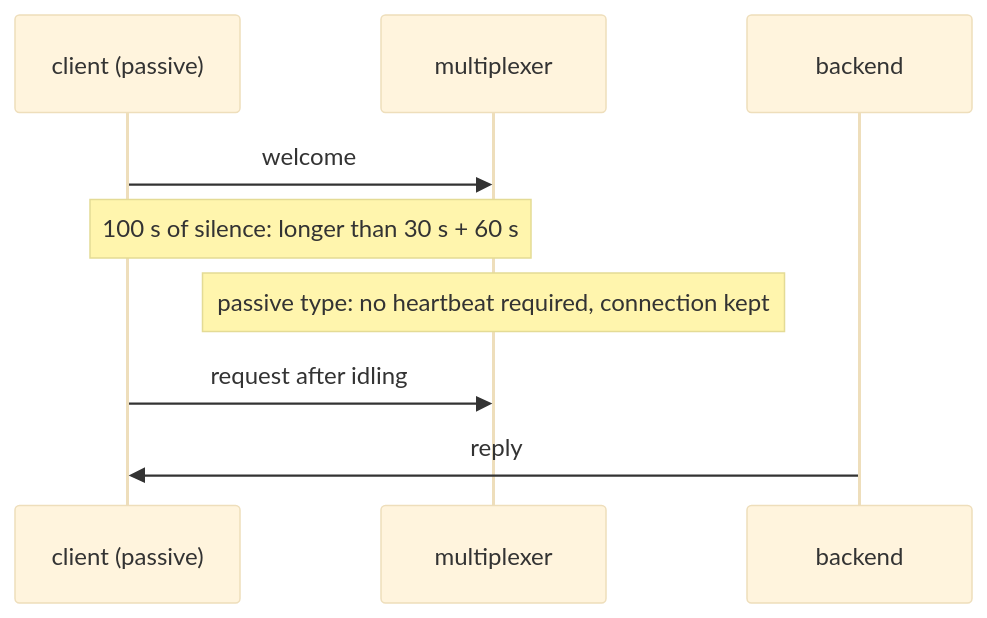
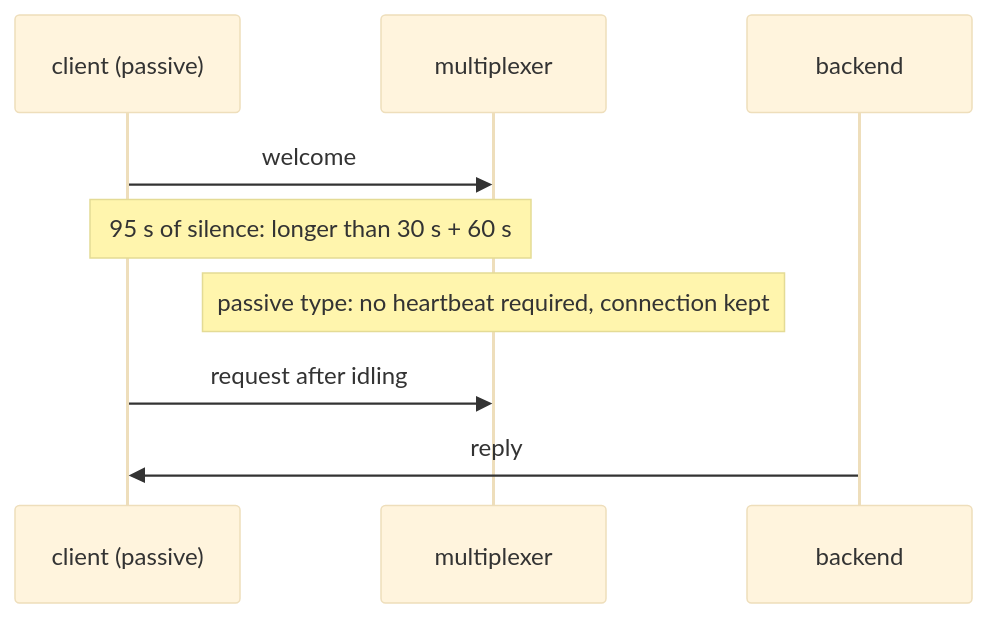
Before and after one commit to kulewski/multiplexer: the diagram in tests/scenarios/idle_client/README.md, drawn with Mermaid (base theme). The commit also changed other lines of this file and 190 other files, not shown here.

````diff
--- a/tests/scenarios/idle_client/README.md
+++ b/tests/scenarios/idle_client/README.md
@@ -7,11 +7,11 @@
 ```mermaid
 sequenceDiagram
     participant C as client (passive)
     participant M as multiplexer
     participant B as backend
     C->>M: welcome
-    Note over C,M: 100 s of silence: longer than 30 s + 60 s
+    Note over C,M: 95 s of silence: longer than 30 s + 60 s
     Note over M: passive type: no heartbeat required, connection kept
     C->>M: request after idling
     B->>C: reply
 ```
````
